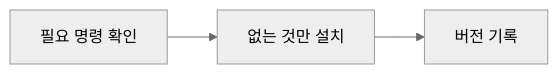
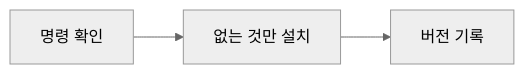
The second of 12 diagrams in training/round-01-clear/BEGINNER-GUIDE.md (MetaStudy999/codyssey-basic-b1-1-system-monitor), drawn with Mermaid (neutral theme) before and after one commit. The commit also changed other lines of this file, not shown here.

````diff
--- a/training/round-01-clear/BEGINNER-GUIDE.md
+++ b/training/round-01-clear/BEGINNER-GUIDE.md
@@ -175,4 +191,4 @@
 ```mermaid
 flowchart LR
-    A[필요 명령 확인] --> B[없는 것만 설치] --> C[버전 기록]
+    A[명령 확인] --> B[없는 것만 설치] --> C[버전 기록]
 ```
````
